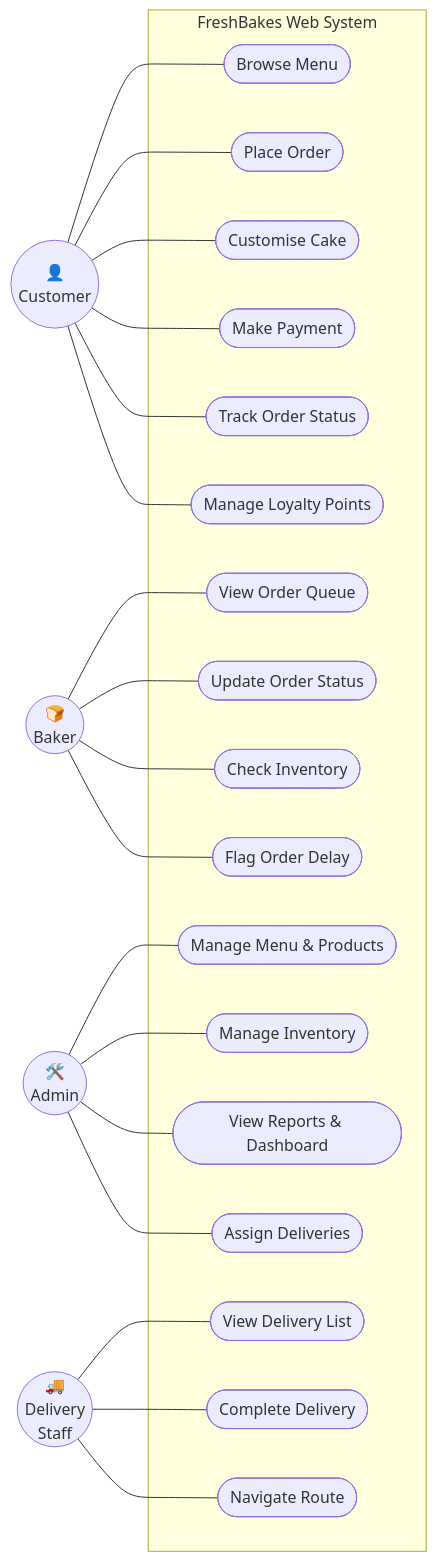
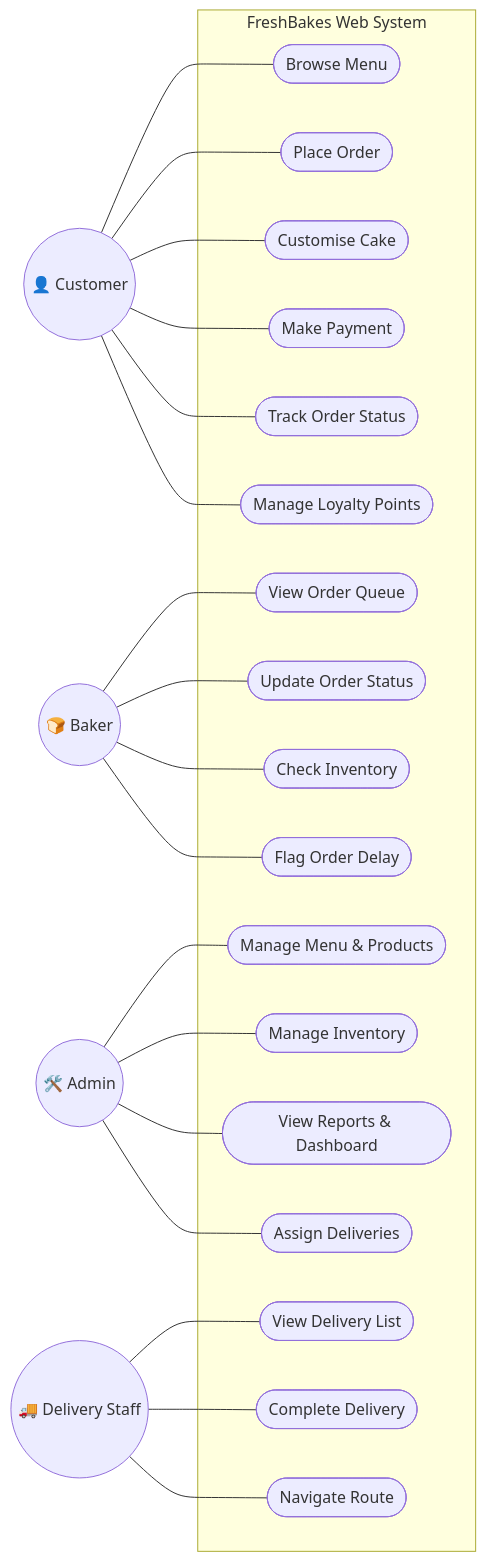
One commit to alexarlord-boop/IS501-Project changed the third of 5 diagrams in FreshBakes_System_Design_Report.md. Above: the diagram before and after it, drawn with Mermaid. The commit also changed other lines of this file, not shown here.

````diff
--- a/FreshBakes_System_Design_Report.md
+++ b/FreshBakes_System_Design_Report.md
@@ -440,48 +428,48 @@
 ```mermaid
 graph LR
-    CUST(("👤\nCustomer"))
-    BAKER(("🍞\nBaker"))
-    ADMIN(("🛠️\nAdmin"))
-    DEL(("🚚\nDelivery\nStaff"))
+    CUST(("👤 Customer"))
+    BAKER(("🍞 Baker"))
+    ADMIN(("🛠️ Admin"))
+    DEL(("🚚 Delivery Staff"))
 
     subgraph FreshBakes Web System
         UC1(["Browse Menu"])
         UC2(["Place Order"])
         UC3(["Customise Cake"])
         UC4(["Make Payment"])
         UC5(["Track Order Status"])
         UC6(["Manage Loyalty Points"])
         UC7(["View Order Queue"])
         UC8(["Update Order Status"])
         UC9(["Check Inventory"])
         UC10(["Flag Order Delay"])
         UC11(["Manage Menu & Products"])
         UC12(["Manage Inventory"])
         UC13(["View Reports & Dashboard"])
         UC14(["Assign Deliveries"])
         UC15(["View Delivery List"])
         UC16(["Complete Delivery"])
         UC17(["Navigate Route"])
     end
 
     CUST --- UC1
     CUST --- UC2
     CUST --- UC3
     CUST --- UC4
     CUST --- UC5
     CUST --- UC6
 
     BAKER --- UC7
     BAKER --- UC8
     BAKER --- UC9
     BAKER --- UC10
 
     ADMIN --- UC11
     ADMIN --- UC12
     ADMIN --- UC13
     ADMIN --- UC14
 
     DEL --- UC15
     DEL --- UC16
     DEL --- UC17
 ```
````
